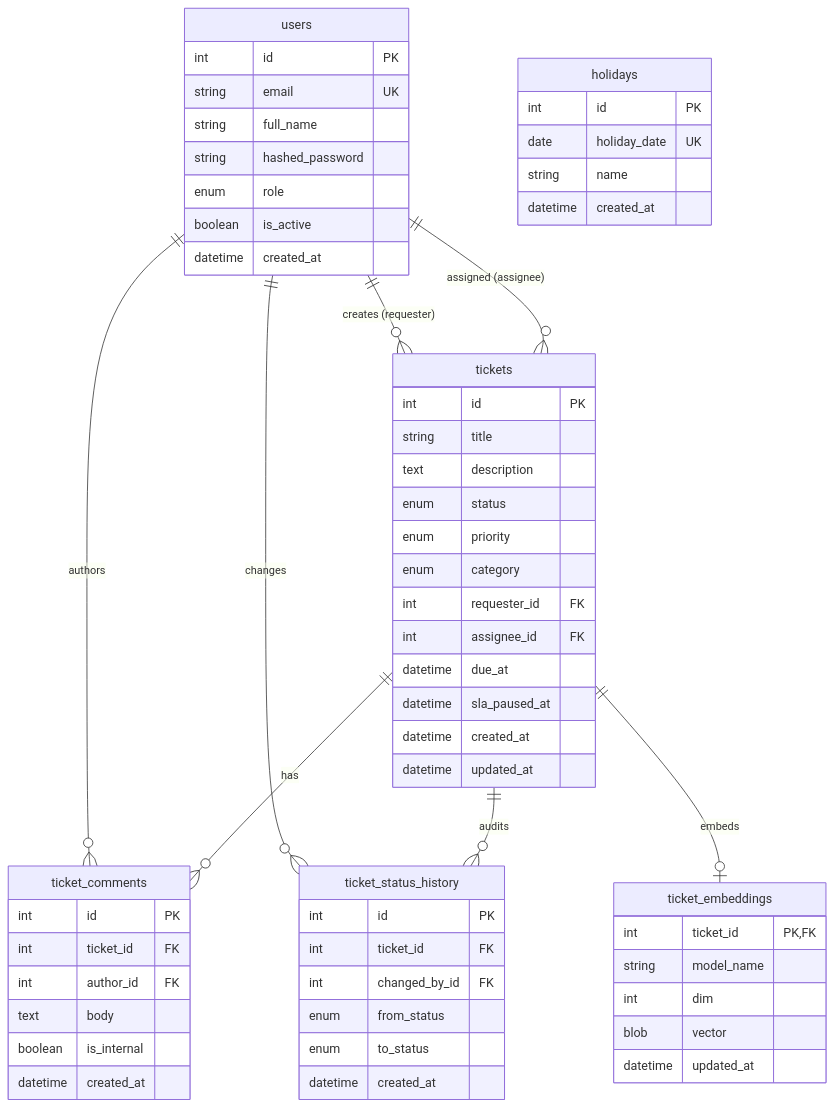
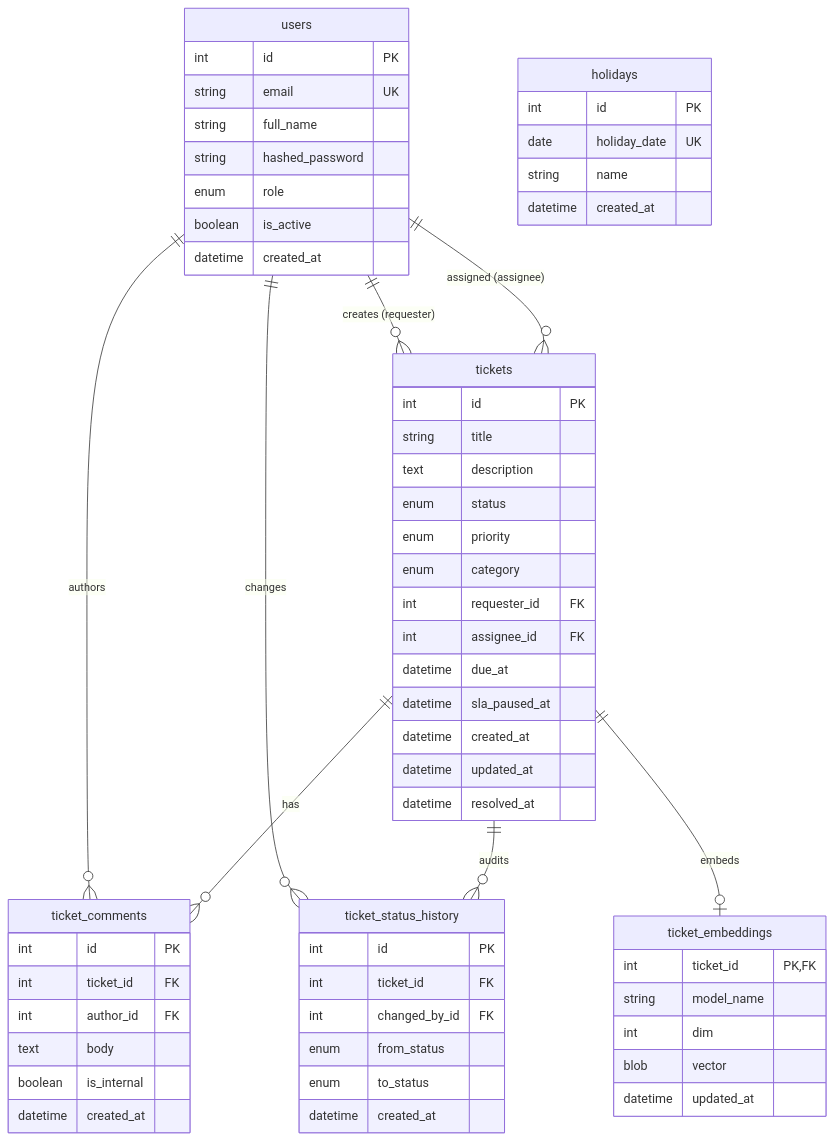
One commit to praneeth-hari/ServiceDesk-AI changed the third of 3 diagrams in README.md. Above: the diagram before and after it, drawn with Mermaid. The commit also changed other lines of this file and 25 other files, not shown here.

````diff
--- a/README.md
+++ b/README.md
@@ -106,68 +131,69 @@
 ```mermaid
 erDiagram
     users {
         int id PK
         string email UK
         string full_name
         string hashed_password
         enum role
         boolean is_active
         datetime created_at
     }
 
     tickets {
         int id PK
         string title
         text description
         enum status
         enum priority
         enum category
         int requester_id FK
         int assignee_id FK
         datetime due_at
         datetime sla_paused_at
         datetime created_at
         datetime updated_at
+        datetime resolved_at
     }
 
     holidays {
         int id PK
         date holiday_date UK
         string name
         datetime created_at
     }
 
     ticket_comments {
         int id PK
         int ticket_id FK
         int author_id FK
         text body
         boolean is_internal
         datetime created_at
     }
 
     ticket_status_history {
         int id PK
         int ticket_id FK
         int changed_by_id FK
         enum from_status
         enum to_status
         datetime created_at
     }
 
     ticket_embeddings {
         int ticket_id PK,FK
         string model_name
         int dim
         blob vector
         datetime updated_at
     }
 
     users ||--o{ tickets : "creates (requester)"
     users ||--o{ tickets : "assigned (assignee)"
     users ||--o{ ticket_comments : "authors"
     users ||--o{ ticket_status_history : "changes"
     tickets ||--o{ ticket_comments : "has"
     tickets ||--o{ ticket_status_history : "audits"
     tickets ||--o| ticket_embeddings : "embeds"
 ```
````
